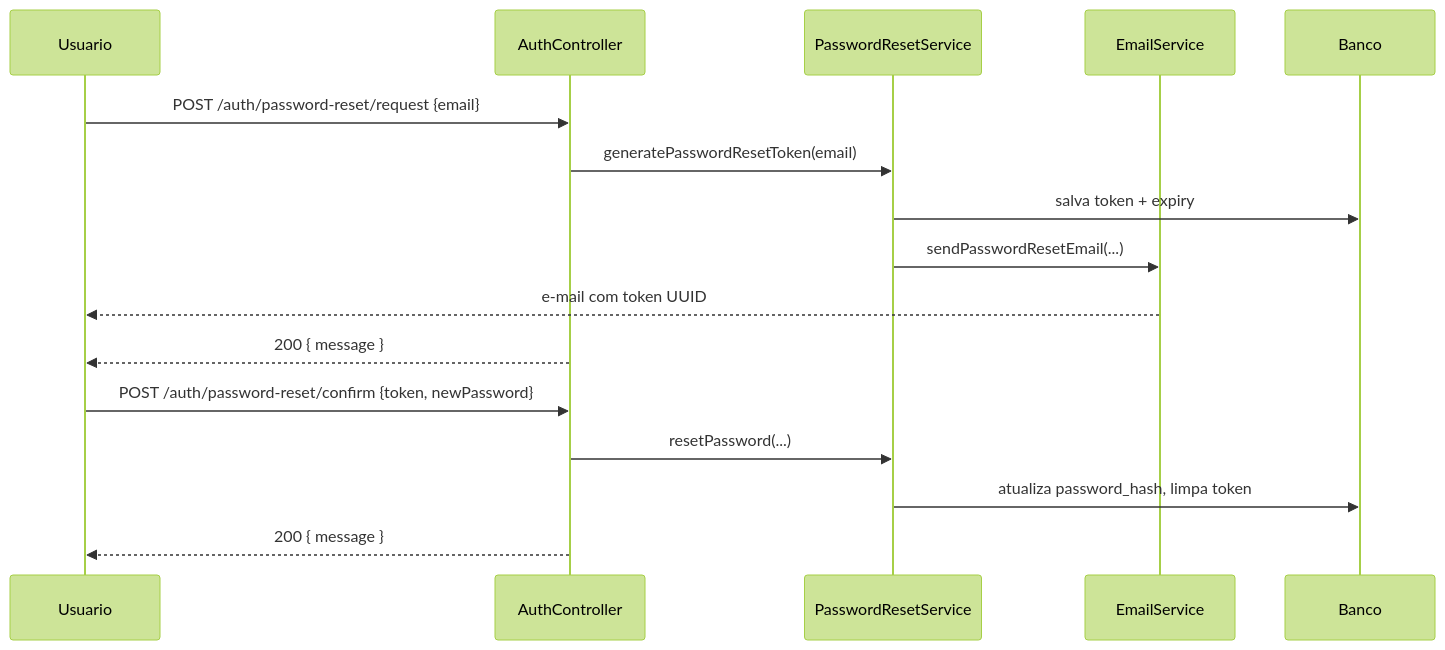
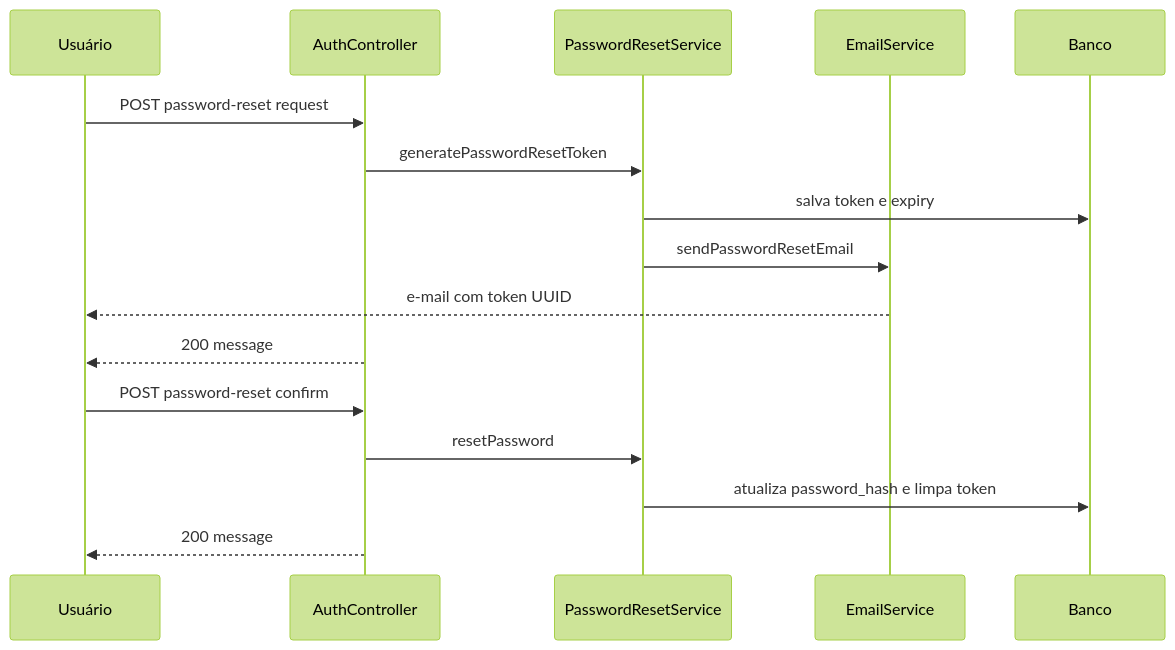
The diagram in docs/password-reset.md (VictorHCSampaio/crud-springboot), drawn with Mermaid (forest theme) before and after one commit. The commit also changed other lines of this file and 6 other files, not shown here.

````diff
--- a/docs/password-reset.md
+++ b/docs/password-reset.md
@@ -14,20 +14,20 @@
 ```mermaid
 sequenceDiagram
-    participant U as Usuario
+    participant U as Usuário
     participant API as AuthController
     participant PRS as PasswordResetService
     participant Mail as EmailService
     participant DB as Banco
 
-    U->>API: POST /auth/password-reset/request {email}
-    API->>PRS: generatePasswordResetToken(email)
-    PRS->>DB: salva token + expiry
-    PRS->>Mail: sendPasswordResetEmail(...)
+    U->>API: POST password-reset request
+    API->>PRS: generatePasswordResetToken
+    PRS->>DB: salva token e expiry
+    PRS->>Mail: sendPasswordResetEmail
     Mail-->>U: e-mail com token UUID
-    API-->>U: 200 { message }
+    API-->>U: 200 message
 
-    U->>API: POST /auth/password-reset/confirm {token, newPassword}
-    API->>PRS: resetPassword(...)
-    PRS->>DB: atualiza password_hash, limpa token
-    API-->>U: 200 { message }
+    U->>API: POST password-reset confirm
+    API->>PRS: resetPassword
+    PRS->>DB: atualiza password_hash e limpa token
+    API-->>U: 200 message
 ```
````
